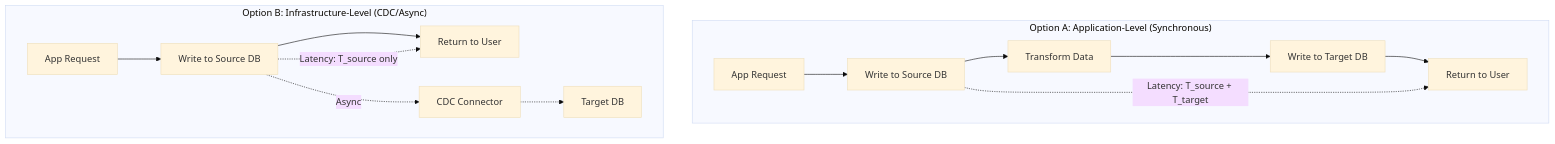
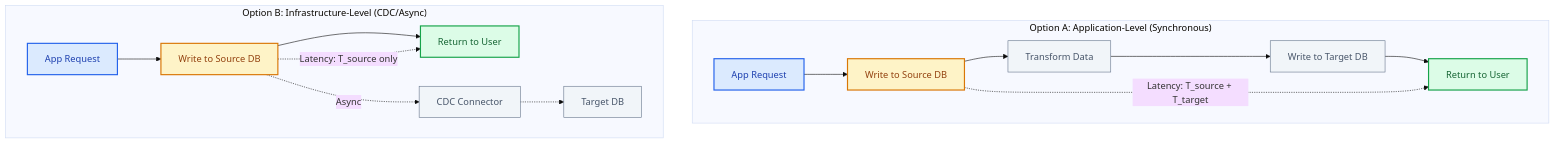
Before and after one commit to udaytamma/Cyrus: the second of 5 diagrams in gemini-responses/dual-write-dual-read-pattern-20260120-0919.md, drawn with Mermaid (base theme). The commit also changed other lines of this file and 28 other files, not shown here.

First line of the commit message:
Upgrade Knowledge Base Mermaid diagrams to professional styling

````diff
--- a/gemini-responses/dual-write-dual-read-pattern-20260120-0919.md
+++ b/gemini-responses/dual-write-dual-read-pattern-20260120-0919.md
@@ -106,18 +117,29 @@
 ```mermaid
 flowchart TB
-    subgraph "Option A: Application-Level (Synchronous)"
+    subgraph OptionA["Option A: Application-Level (Synchronous)"]
         A1[App Request] --> A2[Write to Source DB]
         A2 --> A3[Transform Data]
         A3 --> A4[Write to Target DB]
         A4 --> A5[Return to User]
         A2 -.->|"Latency: T_source + T_target"| A5
     end
 
-    subgraph "Option B: Infrastructure-Level (CDC/Async)"
+    subgraph OptionB["Option B: Infrastructure-Level (CDC/Async)"]
         B1[App Request] --> B2[Write to Source DB]
         B2 --> B3[Return to User]
-        B2 -.->|Async| B4[CDC Connector]
+        B2 -.->|"Async"| B4[CDC Connector]
         B4 -.-> B5[Target DB]
         B2 -.->|"Latency: T_source only"| B3
     end
+
+    classDef primary fill:#dbeafe,stroke:#2563eb,color:#1e40af,stroke-width:2px
+    classDef success fill:#dcfce7,stroke:#16a34a,color:#166534,stroke-width:2px
+    classDef warning fill:#fef3c7,stroke:#d97706,color:#92400e,stroke-width:2px
+    classDef neutral fill:#f1f5f9,stroke:#64748b,color:#475569,stroke-width:1px
+
+    class A1,B1 primary
+    class A2,B2 warning
+    class A3,A4 neutral
+    class A5,B3 success
+    class B4,B5 neutral
 ```
````
